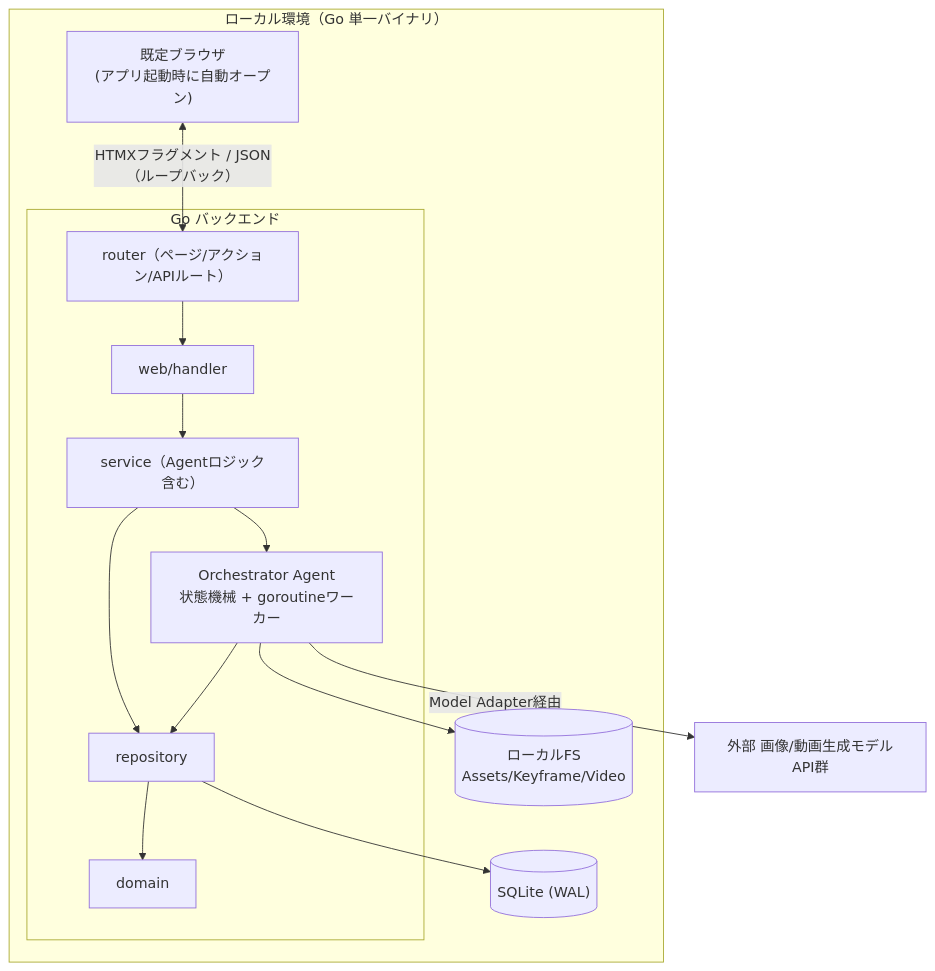
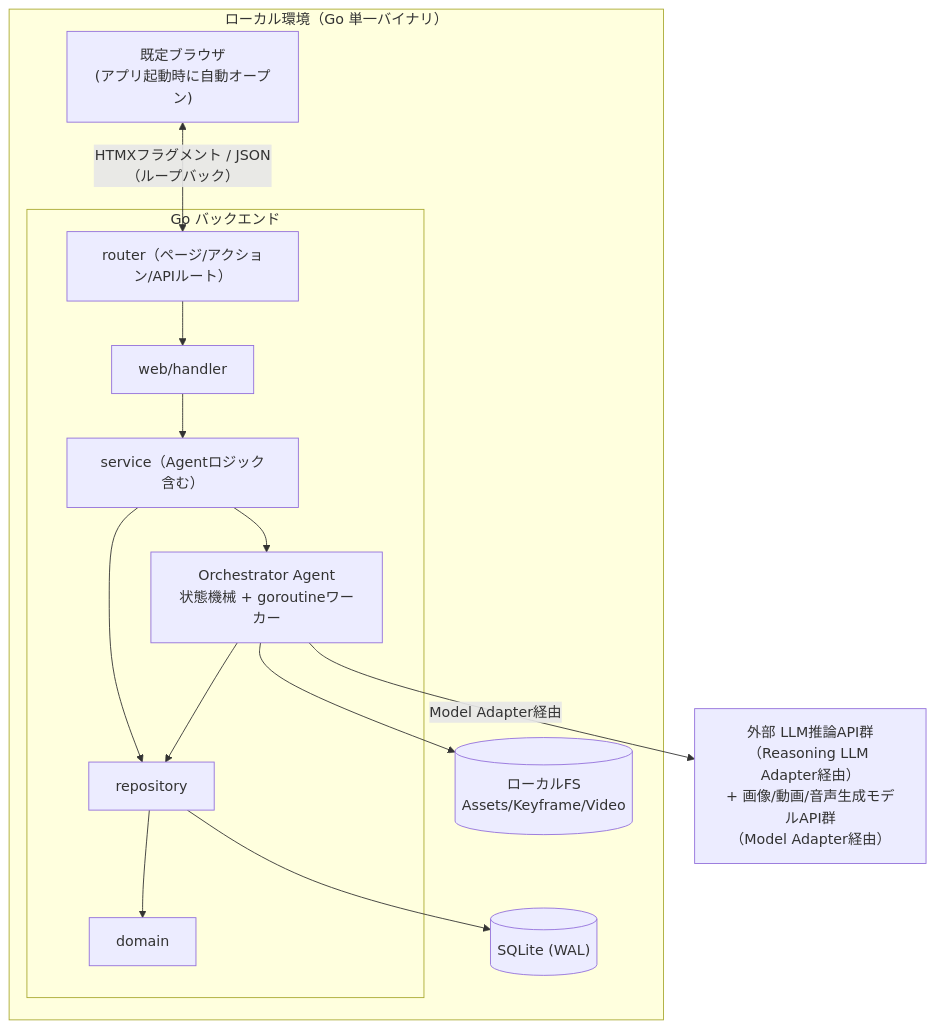
Before and after one commit to ousiassllc/mam: the first of 2 diagrams in spec/architecture/overview.md, drawn with Mermaid. The commit also changed other lines of this file and 4 other files, not shown here.

````diff
--- a/spec/architecture/overview.md
+++ b/spec/architecture/overview.md
@@ -34,25 +35,25 @@
 ```mermaid
 flowchart TB
     subgraph Local["ローカル環境（Go 単一バイナリ）"]
         Browser["既定ブラウザ<br/>(アプリ起動時に自動オープン)"]
         subgraph Backend["Go バックエンド"]
             Router["router（ページ/アクション/APIルート）"]
             Handler["web/handler"]
             Service["service（Agentロジック含む）"]
             Repo["repository"]
             Domain["domain"]
             Orchestrator["Orchestrator Agent<br/>状態機械 + goroutineワーカー"]
         end
         DB[("SQLite (WAL)")]
         FS[("ローカルFS<br/>Assets/Keyframe/Video")]
     end
-    ExtAPI["外部 画像/動画生成モデルAPI群"]
+    ExtAPI["外部 LLM推論API群<br/>（Reasoning LLM Adapter経由）<br/>+ 画像/動画/音声生成モデルAPI群<br/>（Model Adapter経由）"]
 
     Browser <-->|"HTMXフラグメント / JSON（ループバック）"| Router
     Router --> Handler --> Service --> Repo --> Domain
     Service --> Orchestrator
     Orchestrator --> Repo
     Orchestrator --> FS
     Orchestrator -->|Model Adapter経由| ExtAPI
     Repo --> DB
 ```
````
